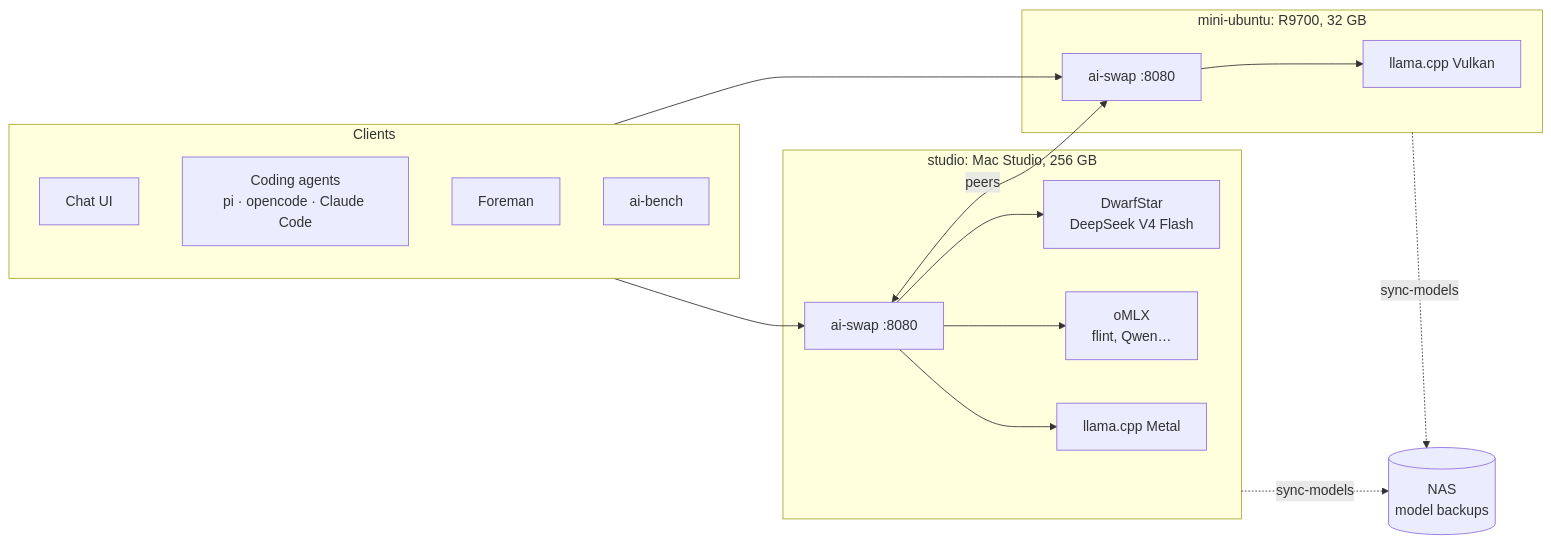
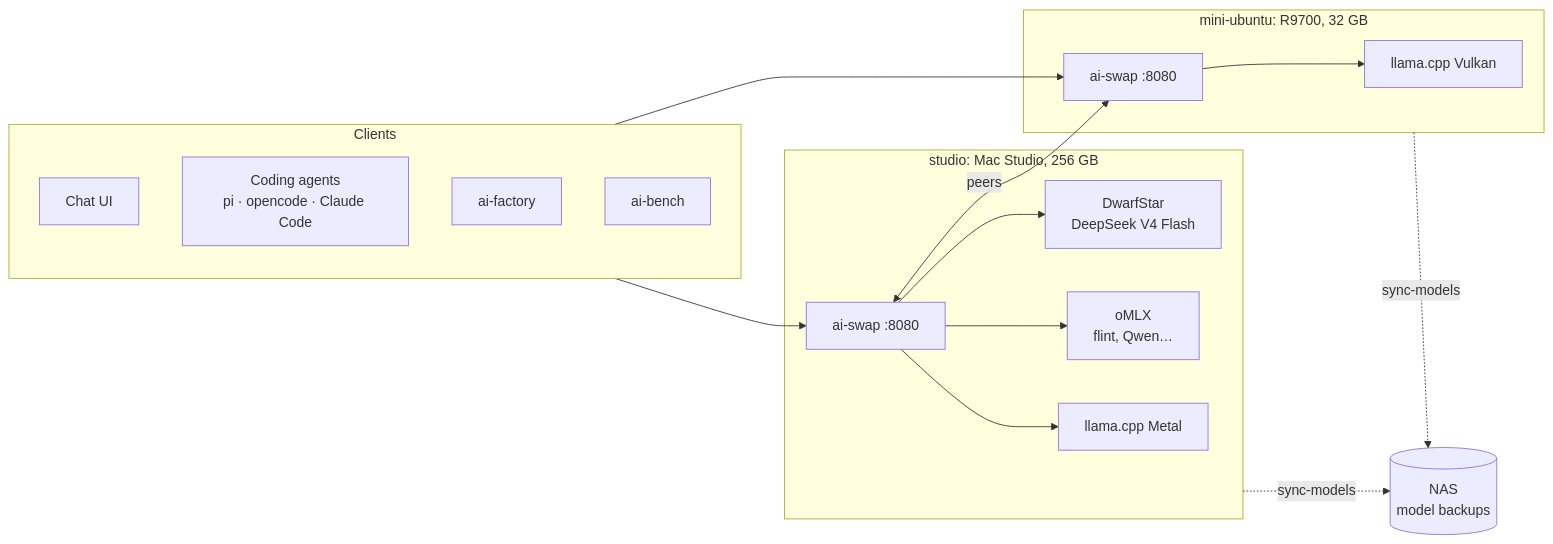
One commit to hofftodd/ai-tools changed the first of 2 diagrams in ARCHITECTURE.md. Above: the diagram before and after it, drawn with Mermaid. The commit also changed other lines of this file and 3 other files, not shown here.

First line of the commit message:
Foreman is now ai-factory, hosted on mini-ubuntu2

````diff
--- a/ARCHITECTURE.md
+++ b/ARCHITECTURE.md
@@ -12,23 +12,23 @@
 ```mermaid
 flowchart LR
     subgraph clients[Clients]
         ui[Chat UI]
         agents["Coding agents<br/>pi · opencode · Claude Code"]
-        foreman[Foreman]
+        ai-factory[ai-factory]
         bench[ai-bench]
     end
     subgraph studio["studio: Mac Studio, 256 GB"]
         swapM[ai-swap :8080] --> ds4[DwarfStar<br/>DeepSeek V4 Flash]
         swapM --> omlx[oMLX<br/>flint, Qwen…]
         swapM --> lcppM[llama.cpp Metal]
     end
     subgraph mini["mini-ubuntu: R9700, 32 GB"]
         swapL[ai-swap :8080] --> lcppL[llama.cpp Vulkan]
     end
     clients --> swapM
     clients --> swapL
     swapM <-- peers --> swapL
     nas[(NAS<br/>model backups)]
     studio -. sync-models .-> nas
     mini -. sync-models .-> nas
 ```
````
